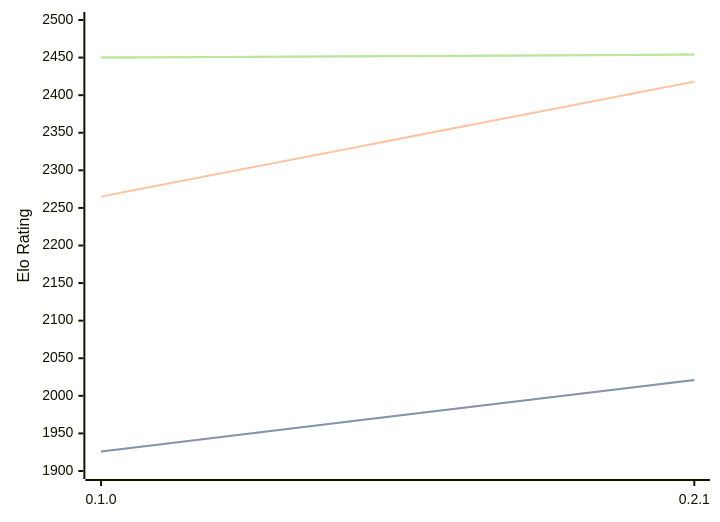
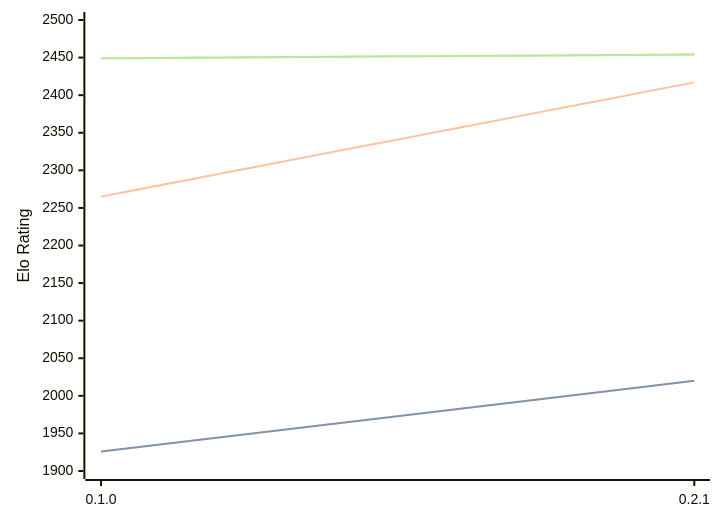
The diagram in engines/Sykora.md (computer-chess-index/cci), drawn with Mermaid before and after one commit. The commit also changed other lines of this file, not shown here.

Commit message:
Update CCI Ratings (ELO VLTC) - 2026-03-15

````diff
--- a/engines/Sykora.md
+++ b/engines/Sykora.md
@@ -30,11 +30,11 @@
 ```mermaid
 %%{init: {"theme":"base","themeVariables":{"seriesColors:['#a3a3a3','#222221','#faa371']}}}%%
 xychart-beta
   x-axis ["0.1.0", "0.2.1"]
   y-axis "Elo Rating" 1900 --> 2500
-  line "STC (8.0+0.08s)" [1926, 2021]
-  line "STC (8.0+0.08s)" [1926, 2021]
-  line "LTC (60.0+0.60s)" [2265, 2418]
-  line "VLTC (2m24s+1.12s)" [2450, 2454]
-  line "VLTC (2m24s+1.12s)" [2450, 2454]
+  line "STC (8.0+0.08s)" [1926, 2020]
+  line "STC (8.0+0.08s)" [1926, 2020]
+  line "LTC (60.0+0.60s)" [2265, 2417]
+  line "VLTC (2m24s+1.12s)" [2449, 2454]
+  line "VLTC (2m24s+1.12s)" [2449, 2454]
 ```
````
